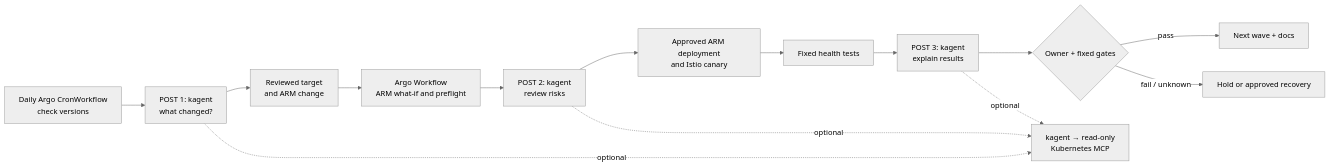
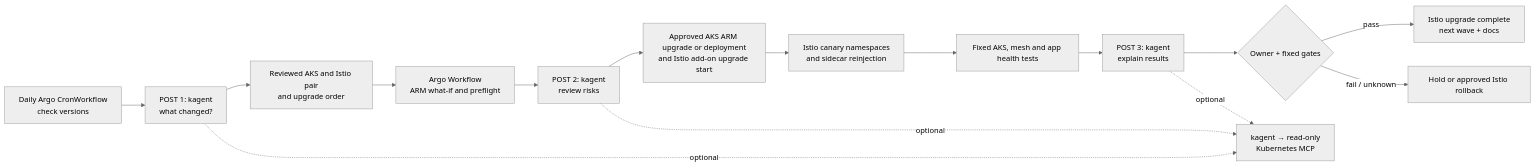
One commit to davidmarkgardiner/kagent-public changed the diagram in docs/platform-kb/aks/AKS-ISTIO-AGENT-FLOW-TLDR.md. Above: the diagram before and after it, drawn with Mermaid (neutral theme). The commit also changed other lines of this file, not shown here.

Commit message:
docs: make Istio revision upgrade explicit in TLDR

````diff
--- a/docs/platform-kb/aks/AKS-ISTIO-AGENT-FLOW-TLDR.md
+++ b/docs/platform-kb/aks/AKS-ISTIO-AGENT-FLOW-TLDR.md
@@ -5,16 +5,17 @@
 ```mermaid
 flowchart LR
     A[Daily Argo CronWorkflow<br/>check versions] --> B[POST 1: kagent<br/>what changed?]
-    B --> C[Reviewed target<br/>and ARM change]
+    B --> C[Reviewed AKS and Istio pair<br/>and upgrade order]
     C --> D[Argo Workflow<br/>ARM what-if and preflight]
     D --> E[POST 2: kagent<br/>review risks]
-    E --> F[Approved ARM deployment<br/>and Istio canary]
-    F --> G[Fixed health tests]
+    E --> F[Approved AKS ARM upgrade or deployment<br/>and Istio add-on upgrade start]
+    F --> F2[Istio canary namespaces<br/>and sidecar reinjection]
+    F2 --> G[Fixed AKS, mesh and app health tests]
     G --> H[POST 3: kagent<br/>explain results]
     H --> I{Owner + fixed gates}
-    I -->|pass| J[Next wave + docs]
-    I -->|fail / unknown| K[Hold or approved recovery]
+    I -->|pass| J[Istio upgrade complete<br/>next wave + docs]
+    I -->|fail / unknown| K[Hold or approved Istio rollback]
     B -. optional .-> L[kagent → read-only<br/>Kubernetes MCP]
     E -. optional .-> L
     H -. optional .-> L
 ```
````
